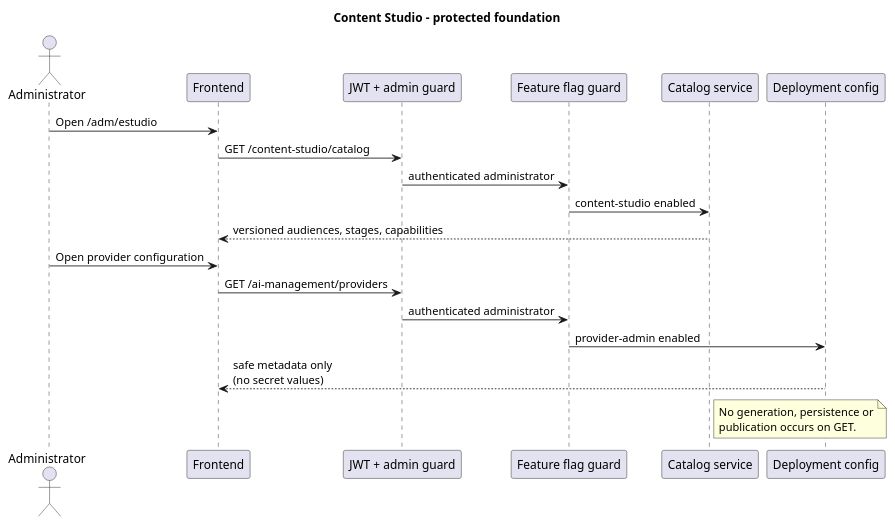
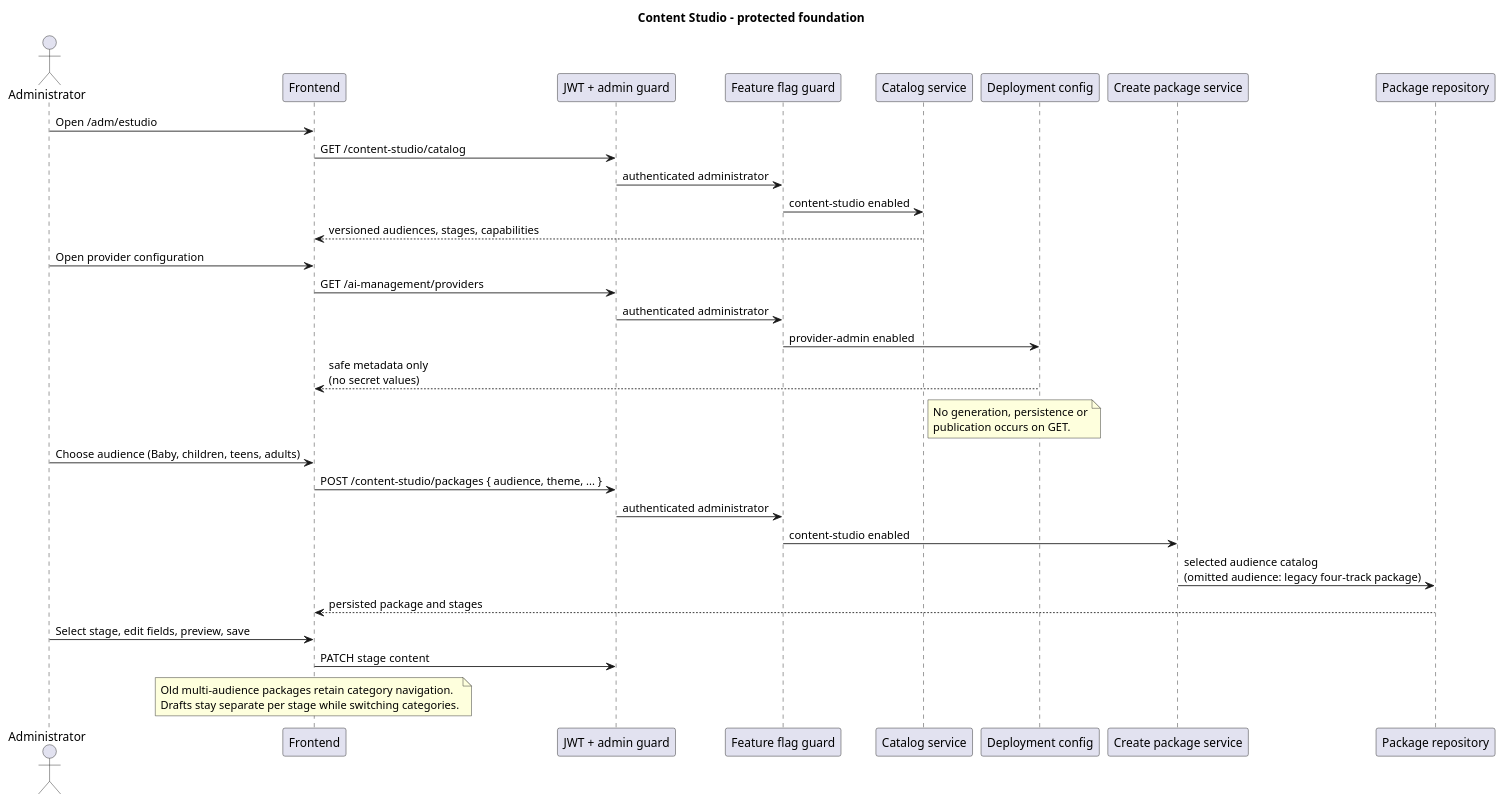
The diagram in docs/diagrams/flow/content-studio/content-studio-foundation.puml (orfanatonib/orfanatonib-api), drawn with PlantUML before and after one commit. The commit also changed 313 other files, not shown here.

```diff
--- a/docs/diagrams/flow/content-studio/content-studio-foundation.puml
+++ b/docs/diagrams/flow/content-studio/content-studio-foundation.puml
@@ -1,28 +1,41 @@
 @startuml
 title Content Studio - protected foundation
 
 actor Administrator
 participant "Frontend" as Frontend
 participant "JWT + admin guard" as Auth
 participant "Feature flag guard" as Flag
 participant "Catalog service" as Catalog
 participant "Deployment config" as Config
 
 Administrator -> Frontend: Open /adm/estudio
 Frontend -> Auth: GET /content-studio/catalog
 Auth -> Flag: authenticated administrator
 Flag -> Catalog: content-studio enabled
 Catalog --> Frontend: versioned audiences, stages, capabilities
 
 Administrator -> Frontend: Open provider configuration
 Frontend -> Auth: GET /ai-management/providers
 Auth -> Flag: authenticated administrator
 Flag -> Config: provider-admin enabled
 Config --> Frontend: safe metadata only\n(no secret values)
 
 note right of Catalog
 No generation, persistence or
 publication occurs on GET.
 end note
 
+Administrator -> Frontend: Choose audience (Baby, children, teens, adults)
+Frontend -> Auth: POST /content-studio/packages { audience, theme, ... }
+Auth -> Flag: authenticated administrator
+Flag -> "Create package service": content-studio enabled
+"Create package service" -> "Package repository": selected audience catalog\n(omitted audience: legacy four-track package)
+"Package repository" --> Frontend: persisted package and stages
+Administrator -> Frontend: Select stage, edit fields, preview, save
+Frontend -> Auth: PATCH stage content
+note over Frontend
+Old multi-audience packages retain category navigation.
+Drafts stay separate per stage while switching categories.
+end note
+
 @enduml
```
